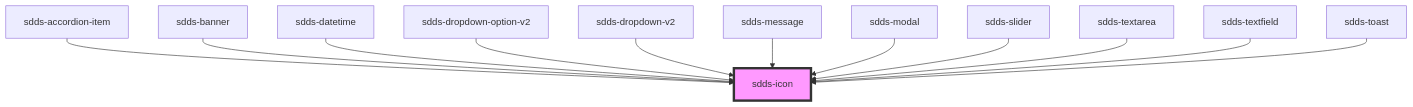
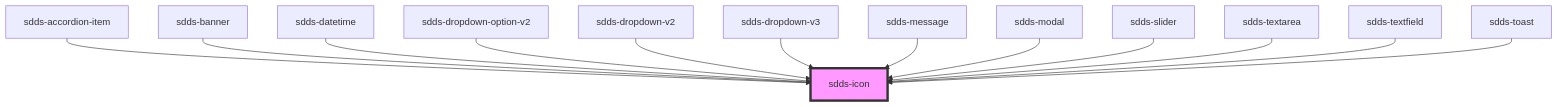
The diagram in tegel/src/components/icon/readme.md (scania-digital-design-system/sdds), drawn with Mermaid before and after one commit. The commit also changed other lines of this file and 6 other files, not shown here.

````diff
--- a/tegel/src/components/icon/readme.md
+++ b/tegel/src/components/icon/readme.md
@@ -33,15 +40,16 @@
 ```mermaid
 graph TD;
   sdds-accordion-item --> sdds-icon
   sdds-banner --> sdds-icon
   sdds-datetime --> sdds-icon
   sdds-dropdown-option-v2 --> sdds-icon
   sdds-dropdown-v2 --> sdds-icon
+  sdds-dropdown-v3 --> sdds-icon
   sdds-message --> sdds-icon
   sdds-modal --> sdds-icon
   sdds-slider --> sdds-icon
   sdds-textarea --> sdds-icon
   sdds-textfield --> sdds-icon
   sdds-toast --> sdds-icon
   style sdds-icon fill:#f9f,stroke:#333,stroke-width:4px
 ```
````
